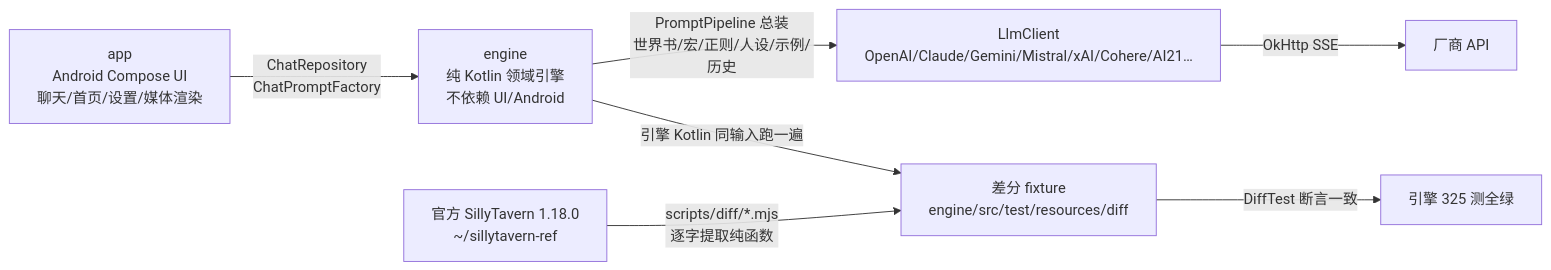
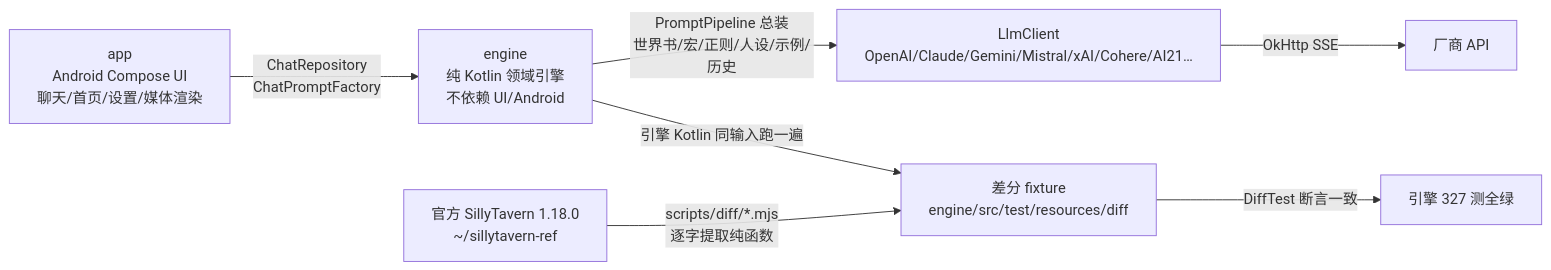
The diagram in docs/HANDOFF.md (heikeyangle-code/ember-inn), drawn with Mermaid before and after one commit. The commit also changed other lines of this file and 5 other files, not shown here.

````diff
--- a/docs/HANDOFF.md
+++ b/docs/HANDOFF.md
@@ -7,9 +7,9 @@
 ```mermaid
 flowchart LR
  A[app<br/>Android Compose UI<br/>聊天/首页/设置/媒体渲染] -->|ChatRepository<br/>ChatPromptFactory| B[engine<br/>纯 Kotlin 领域引擎<br/>不依赖 UI/Android]
  B -->|PromptPipeline 总装<br/>世界书/宏/正则/人设/示例/历史| C[LlmClient<br/>OpenAI/Claude/Gemini/Mistral/xAI/Cohere/AI21…]
  C -->|OkHttp SSE| D[厂商 API]
  E[官方 SillyTavern 1.18.0<br/>~/sillytavern-ref] -->|scripts/diff/*.mjs<br/>逐字提取纯函数| F[差分 fixture<br/>engine/src/test/resources/diff]
  B -->|引擎 Kotlin 同输入跑一遍| F
- F -->|DiffTest 断言一致| G[引擎 325 测全绿]
+ F -->|DiffTest 断言一致| G[引擎 327 测全绿]
 ```
````
